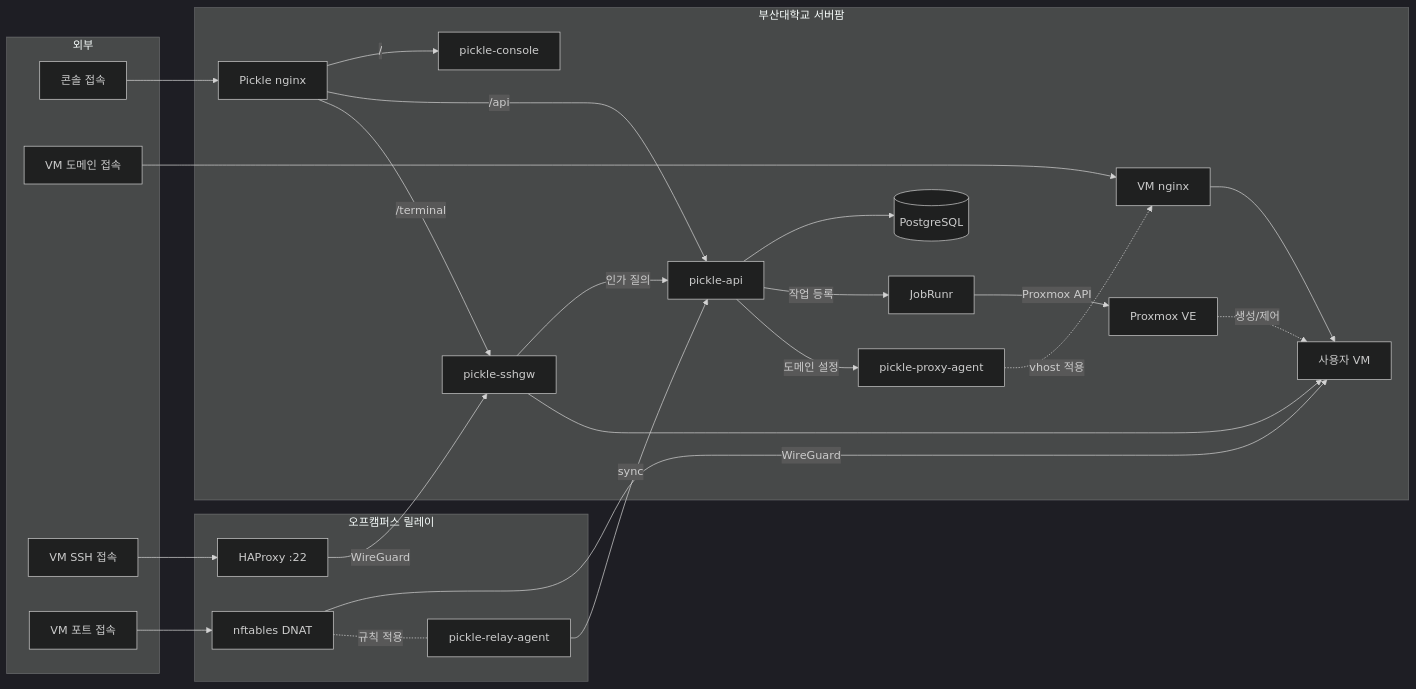
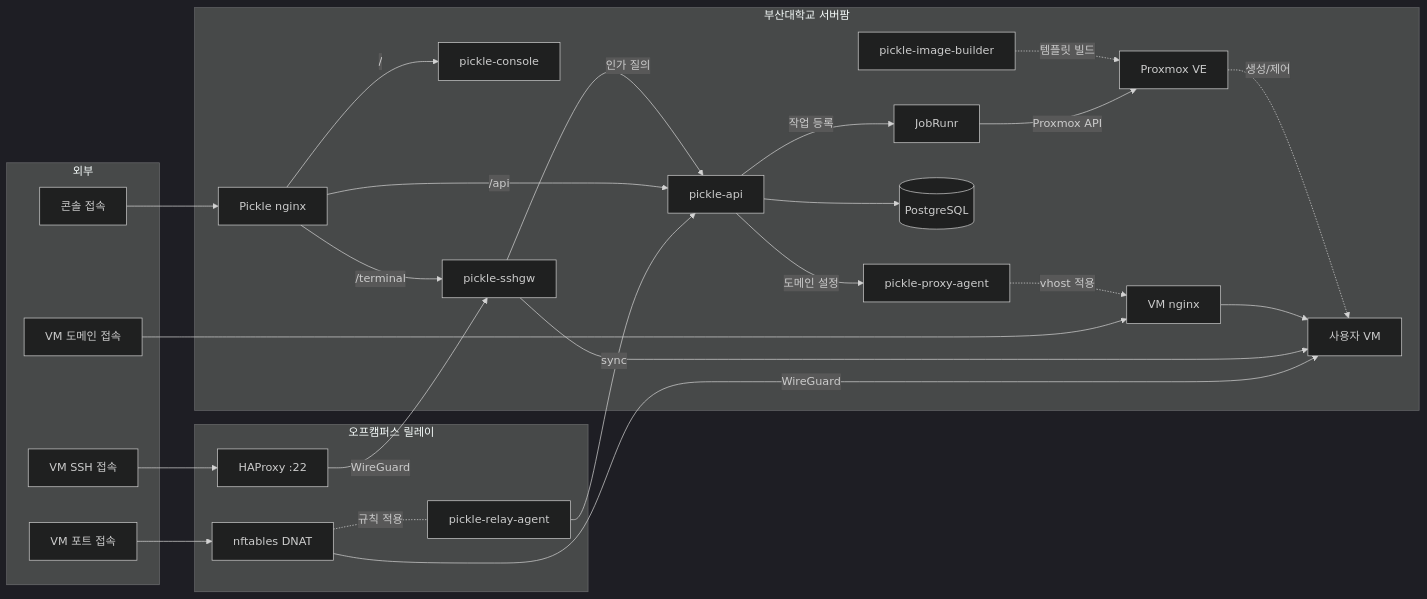
Before and after one commit to PNUops/pickle-console: the diagram in README.md, drawn with Mermaid (dark theme). The commit also changed other lines of this file, not shown here.

First line of the commit message:
docs: add image builder to the architecture block

````diff
--- a/README.md
+++ b/README.md
@@ -115,53 +116,55 @@
 ```mermaid
 flowchart LR
     subgraph ext [외부]
         B[콘솔 접속]
         V[VM 도메인 접속]
         S[VM SSH 접속]
         PC[VM 포트 접속]
     end
 
     subgraph relay [오프캠퍼스 릴레이]
         HA[HAProxy :22]
         NFT[nftables DNAT]
         RA[pickle-relay-agent]
     end
 
     subgraph campus [부산대학교 서버팜]
         PN[Pickle nginx]
         VN[VM nginx]
         C[pickle-console]
         A[pickle-api]
         J[JobRunr]
         G[pickle-sshgw]
         P[pickle-proxy-agent]
         DB[(PostgreSQL)]
         PVE[Proxmox VE]
         VM[사용자 VM]
+        IB[pickle-image-builder]
     end
 
     B --> PN
     V --> VN
     S --> HA
     PC --> NFT
 
     HA -->|WireGuard| G
     NFT -->|WireGuard| VM
     NFT -. 규칙 적용 .- RA
     RA -->|sync| A
 
     PN -->|/| C
     PN -->|/api| A
     PN -->|/terminal| G
 
     G -->|인가 질의| A
     G --> VM
     VN --> VM
 
     A --> DB
     A -->|작업 등록| J
     J -->|Proxmox API| PVE
     A -->|도메인 설정| P
     P -.->|vhost 적용| VN
     PVE -.->|생성/제어| VM
+    IB -.->|템플릿 빌드| PVE
 ```
````
